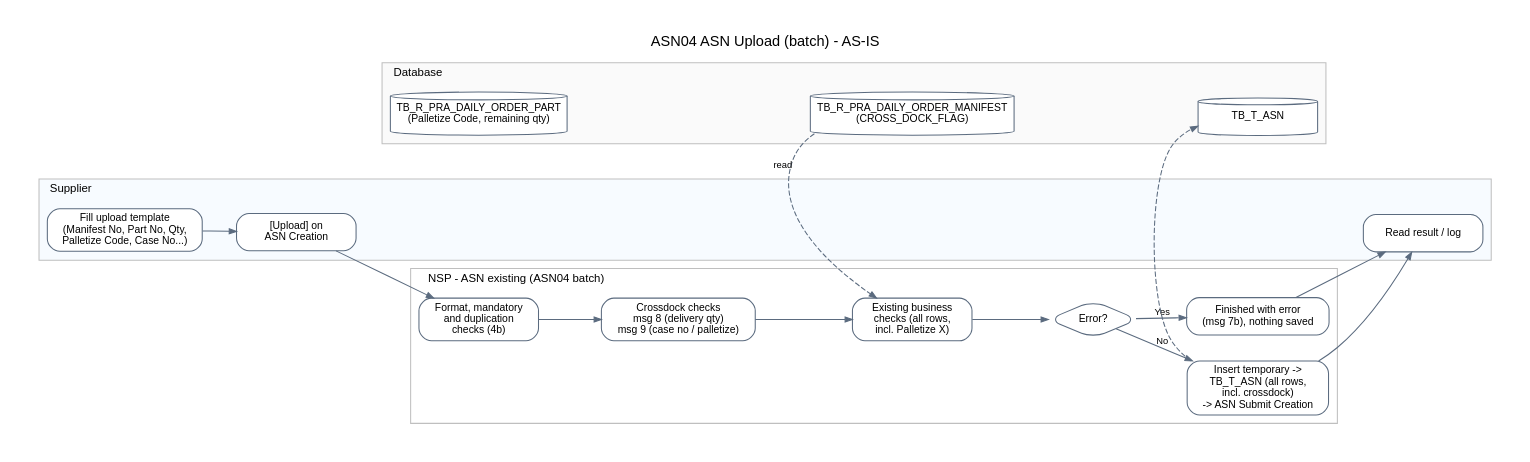
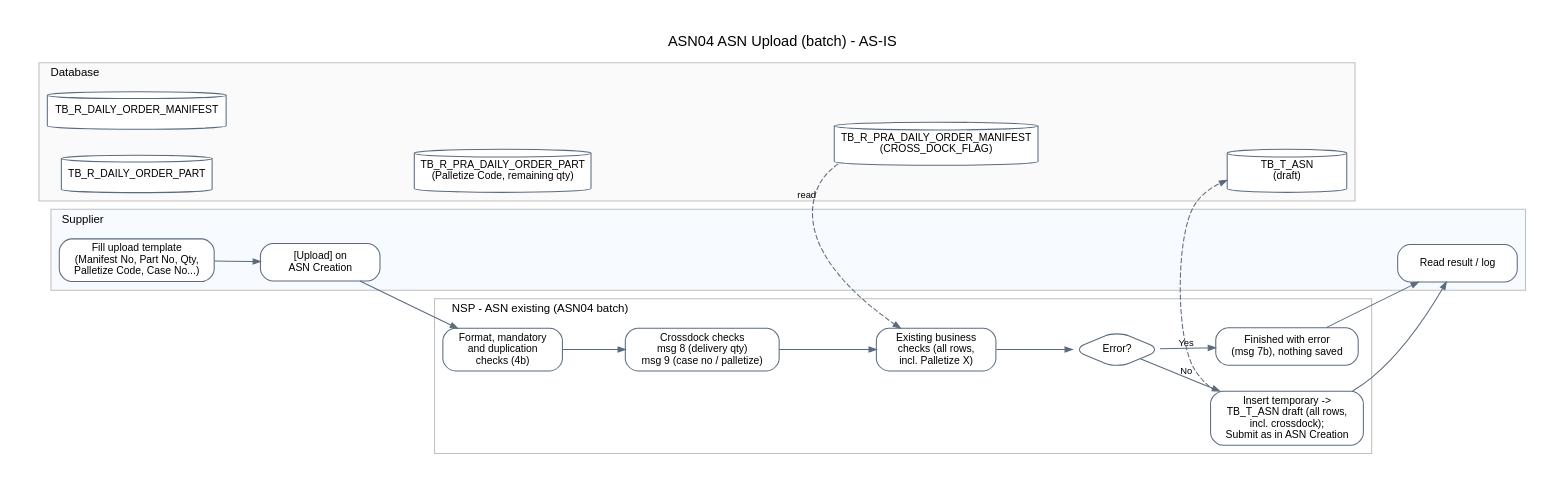
Before and after one commit to ivanrayhannn/crossdockpoc: the diagram in deliverables/asn_existing/flow_img/asn04_as_is.dot, drawn with Graphviz. The commit also changed 13 other files, not shown here.

First line of the commit message:
ASN03 / ASN04 business flow: draft -> qty and delivery date -> Submit (daily order manifest / part, pra part qty); crossdock ASN on another screen

```diff
--- a/deliverables/asn_existing/flow_img/asn04_as_is.dot
+++ b/deliverables/asn_existing/flow_img/asn04_as_is.dot
@@ -1,26 +1,28 @@
 digraph G {
   graph [rankdir=LR, fontname="Helvetica", fontsize=11, nodesep=0.35, ranksep=0.45, pad=0.3, newrank=true, label="ASN04 ASN Upload (batch) - AS-IS", labelloc=t, fontsize=14];
   node [shape=box, style="rounded,filled", fillcolor="#FFFFFF", color="#5B6B7F", fontname="Helvetica", fontsize=10, margin="0.12,0.06", width=1.6];
   edge [color="#5B6B7F", fontname="Helvetica", fontsize=9, arrowsize=0.7];
   subgraph cluster_sup { label="Supplier"; style="filled"; fillcolor="#F7FBFF"; color="#BFBFBF"; fontsize=11; labeljust=l;
     s1 [label="Fill upload template\n(Manifest No, Part No, Qty,\nPalletize Code, Case No...)"];
     s2 [label="[Upload] on\nASN Creation"];
     s3 [label="Read result / log"];
   }
   subgraph cluster_nsp { label="NSP - ASN existing (ASN04 batch)"; style="filled"; fillcolor="#FFFFFF"; color="#BFBFBF"; fontsize=11; labeljust=l;
     b1 [label="Format, mandatory\nand duplication\nchecks (4b)"];
     b4 [label="Crossdock checks\nmsg 8 (delivery qty)\nmsg 9 (case no / palletize)"];
     b5 [label="Existing business\nchecks (all rows,\nincl. Palletize X)"];
     b6 [label="Error?", shape=diamond, width=1.2];
     b7 [label="Finished with error\n(msg 7b), nothing saved"];
-    b8 [label="Insert temporary ->\nTB_T_ASN (all rows,\nincl. crossdock)\n-> ASN Submit Creation"];
+    b8 [label="Insert temporary ->\nTB_T_ASN draft (all rows,\nincl. crossdock);\nSubmit as in ASN Creation"];
   }
   subgraph cluster_db { label="Database"; style="filled"; fillcolor="#FAFAFA"; color="#BFBFBF"; fontsize=11; labeljust=l;
     db_pm [shape=cylinder, label="TB_R_PRA_DAILY_ORDER_MANIFEST\n(CROSS_DOCK_FLAG)"];
     db_pp [shape=cylinder, label="TB_R_PRA_DAILY_ORDER_PART\n(Palletize Code, remaining qty)"];
-    db_asn [shape=cylinder, label="TB_T_ASN"];
+    db_asn [shape=cylinder, label="TB_T_ASN\n(draft)"];
+    db_dm [shape=cylinder, label="TB_R_DAILY_ORDER_MANIFEST"];
+    db_dp [shape=cylinder, label="TB_R_DAILY_ORDER_PART"];
   }
   s1 -> s2 -> b1 -> b4 -> b5 -> b6; b6 -> b7 [label="Yes"]; b6 -> b8 [label="No"]; b7 -> s3; b8 -> s3;
   db_pm -> b5 [style=dashed, label="read", constraint=false]; b8 -> db_asn [style=dashed, constraint=false];
   { rank=same; b5; db_pm; } b5 -> db_pm [style=invis]; { rank=same; b8; db_asn; } b8 -> db_asn [style=invis]; { rank=same; b1; db_pp; } b1 -> db_pp [style=invis];
 }
```
